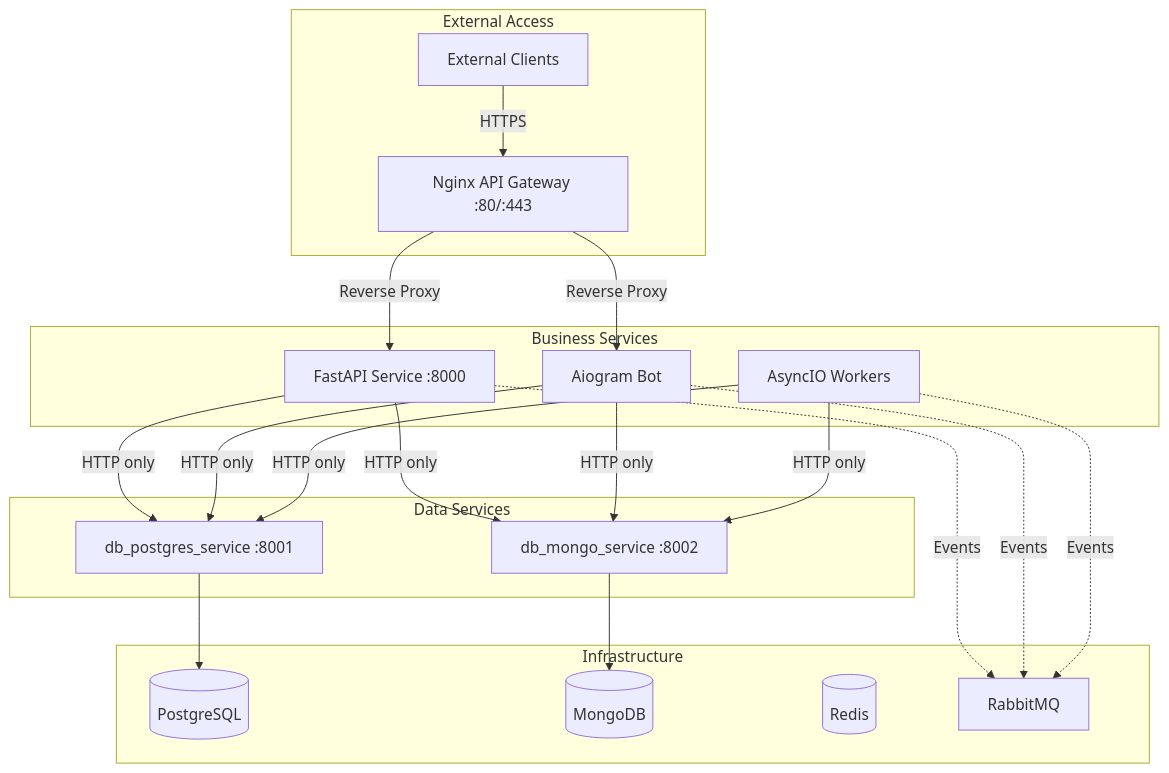
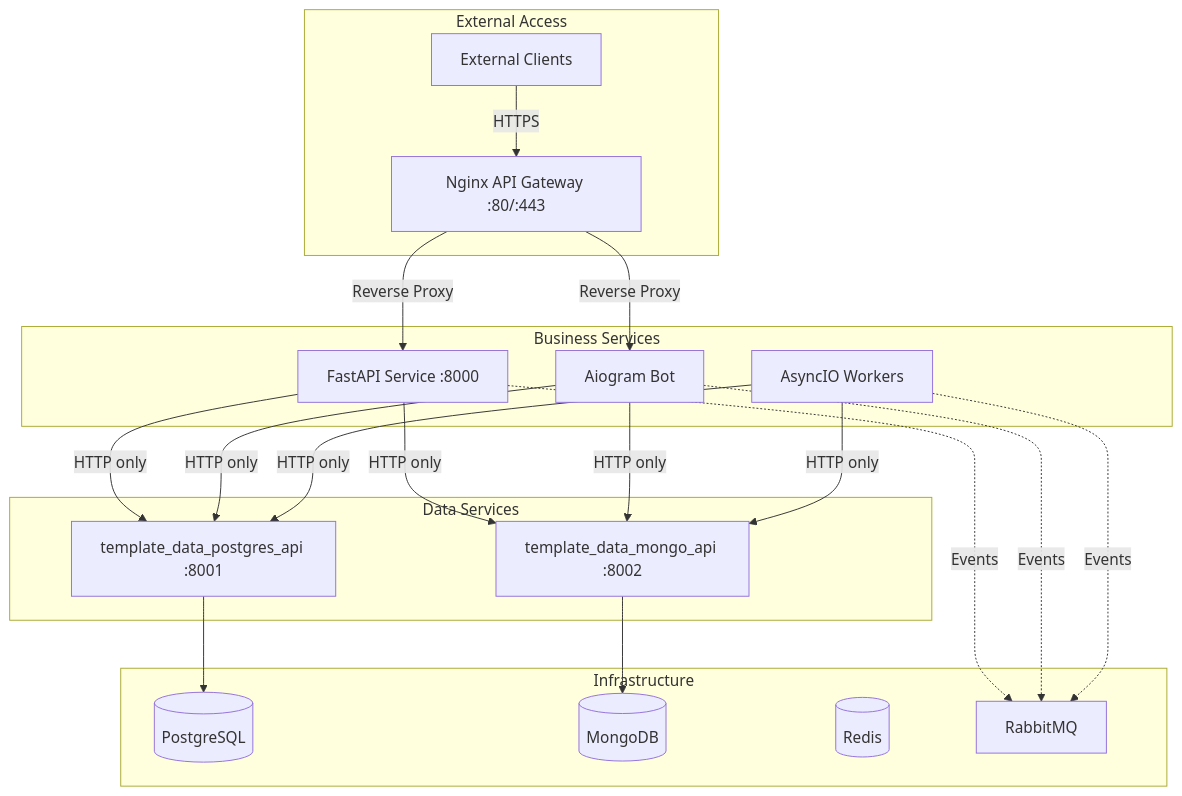
Before and after one commit to bgs2509/doc4microservices: the diagram in docs/guides/ARCHITECTURE_GUIDE.md, drawn with Mermaid. The commit also changed other lines of this file and 26 other files, not shown here.

````diff
--- a/docs/guides/ARCHITECTURE_GUIDE.md
+++ b/docs/guides/ARCHITECTURE_GUIDE.md
@@ -32,43 +32,43 @@
 ```mermaid
 graph TB
     subgraph "External Access"
         CLIENT[External Clients]
         NGINX[Nginx API Gateway :80/:443]
     end
 
     subgraph "Business Services"
         API[FastAPI Service :8000]
         BOT[Aiogram Bot]
         WORKER[AsyncIO Workers]
     end
 
     subgraph "Data Services"
-        PG[db_postgres_service :8001]
-        MONGO[db_mongo_service :8002]
+        PG[template_data_postgres_api :8001]
+        MONGO[template_data_mongo_api :8002]
     end
 
     subgraph "Infrastructure"
         POSTGRES[(PostgreSQL)]
         MONGODB[(MongoDB)]
         REDIS[(Redis)]
         RABBIT[RabbitMQ]
     end
 
     CLIENT -->|HTTPS| NGINX
     NGINX -->|Reverse Proxy| API
     NGINX -->|Reverse Proxy| BOT
 
     API -->|HTTP only| PG
     API -->|HTTP only| MONGO
     BOT -->|HTTP only| PG
     BOT -->|HTTP only| MONGO
     WORKER -->|HTTP only| PG
     WORKER -->|HTTP only| MONGO
 
     PG --> POSTGRES
     MONGO --> MONGODB
 
     API -.->|Events| RABBIT
     BOT -.->|Events| RABBIT
     WORKER -.->|Events| RABBIT
 ```
````
